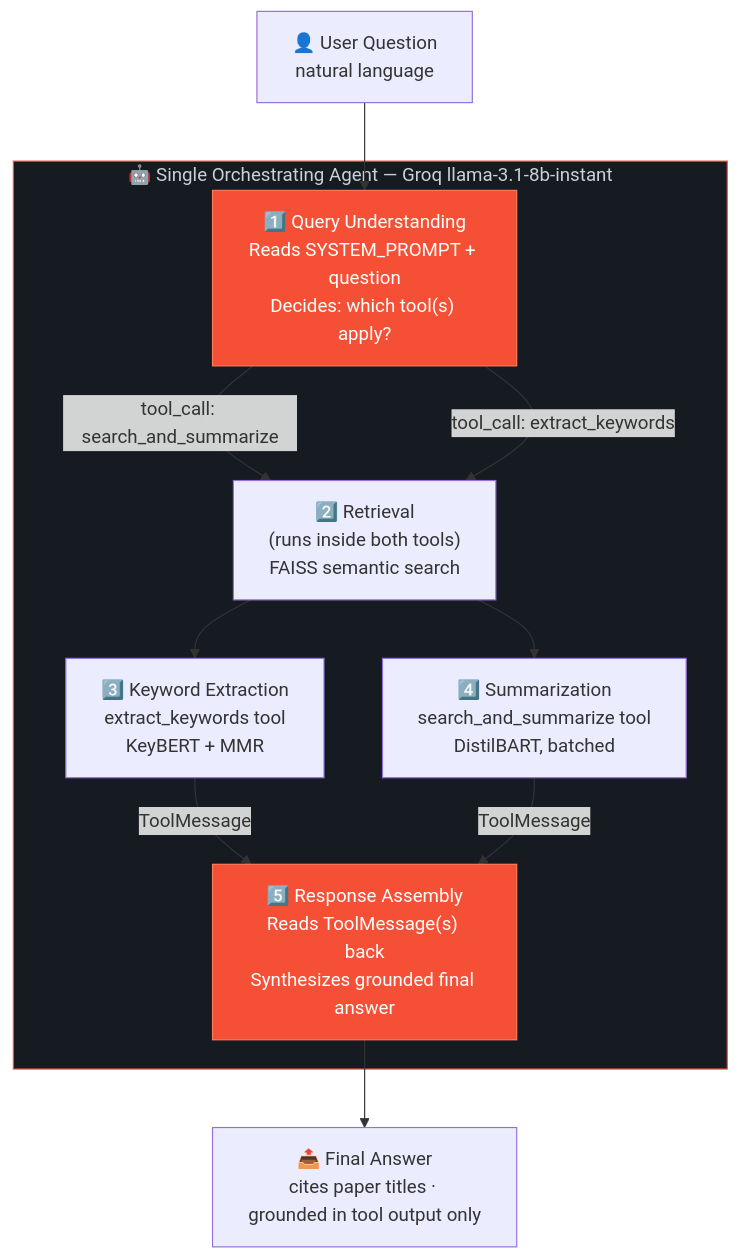
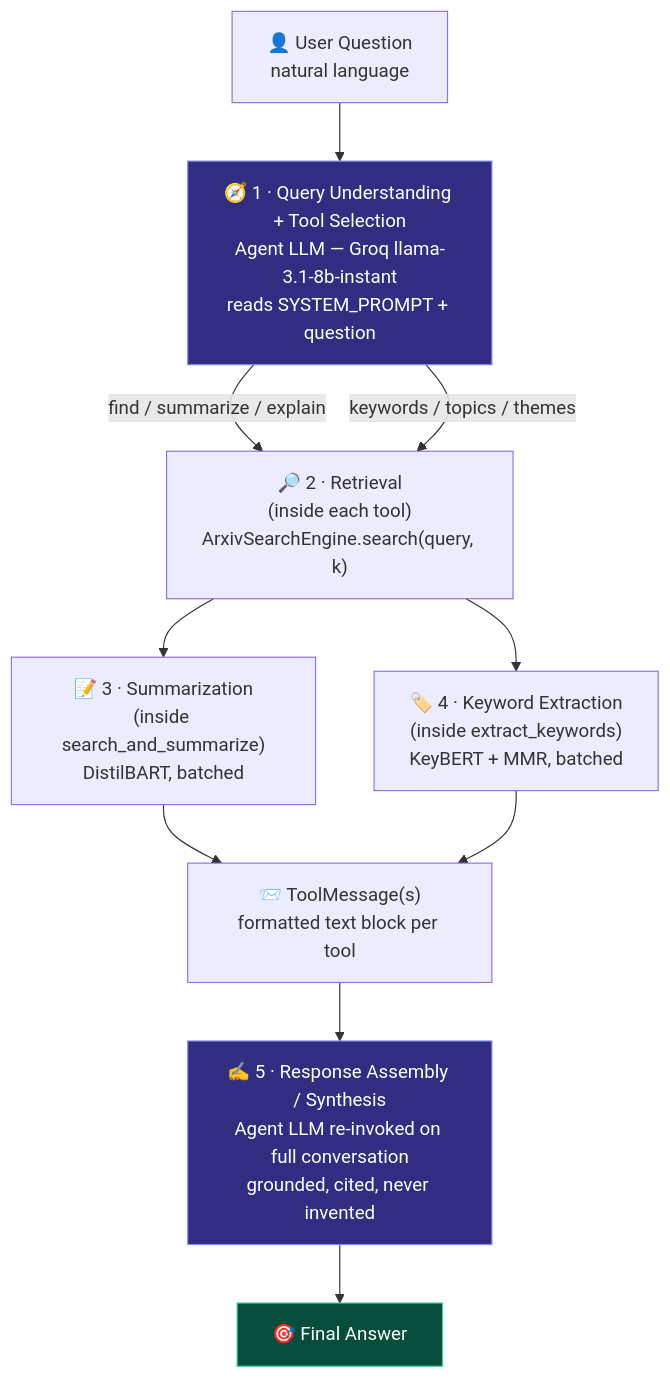
The third of 6 diagrams in README.md (aayushdalal/Fanite), drawn with Mermaid before and after one commit. The commit also changed other lines of this file, not shown here.

````diff
--- a/README.md
+++ b/README.md
@@ -239,24 +205,16 @@
 ```mermaid
 flowchart TD
-    U["👤 User Question<br/>natural language"] --> QU
+    U["👤 User Question<br/>natural language"] --> R["🧭 1 · Query Understanding + Tool Selection<br/>Agent LLM — Groq llama-3.1-8b-instant<br/>reads SYSTEM_PROMPT + question"]
+    R -->|"find / summarize / explain"| T1["🔎 2 · Retrieval<br/>(inside each tool)<br/>ArxivSearchEngine.search(query, k)"]
+    R -->|"keywords / topics / themes"| T1
+    T1 --> T2A["📝 3 · Summarization<br/>(inside search_and_summarize)<br/>DistilBART, batched"]
+    T1 --> T2B["🏷️ 4 · Keyword Extraction<br/>(inside extract_keywords)<br/>KeyBERT + MMR, batched"]
+    T2A --> M["📨 ToolMessage(s)<br/>formatted text block per tool"]
+    T2B --> M
+    M --> S["✍️ 5 · Response Assembly / Synthesis<br/>Agent LLM re-invoked on full conversation<br/>grounded, cited, never invented"]
+    S --> F["🎯 Final Answer"]
 
-    subgraph AGENT["🤖 Single Orchestrating Agent — Groq llama-3.1-8b-instant"]
-        QU["1️⃣ Query Understanding<br/>Reads SYSTEM_PROMPT + question<br/>Decides: which tool(s) apply?"]
-        RA["2️⃣ Retrieval<br/>(runs inside both tools)<br/>FAISS semantic search"]
-        KA["3️⃣ Keyword Extraction<br/>extract_keywords tool<br/>KeyBERT + MMR"]
-        SA["4️⃣ Summarization<br/>search_and_summarize tool<br/>DistilBART, batched"]
-        RSA["5️⃣ Response Assembly<br/>Reads ToolMessage(s) back<br/>Synthesizes grounded final answer"]
-    end
-
-    QU -->|"tool_call: search_and_summarize"| RA
-    QU -->|"tool_call: extract_keywords"| RA
-    RA --> KA
-    RA --> SA
-    KA -->|"ToolMessage"| RSA
-    SA -->|"ToolMessage"| RSA
-    RSA --> OUT["📤 Final Answer<br/>cites paper titles · grounded in tool output only"]
-
-    style AGENT fill:#161b22,stroke:#f55036,color:#c9d1d9
-    style QU fill:#f55036,stroke:#ff7b59,color:#fff
-    style RSA fill:#f55036,stroke:#ff7b59,color:#fff
+    style R fill:#312e81,stroke:#818cf8,color:#fff
+    style S fill:#312e81,stroke:#818cf8,color:#fff
+    style F fill:#064e3b,stroke:#34d399,color:#fff
 ```
````
